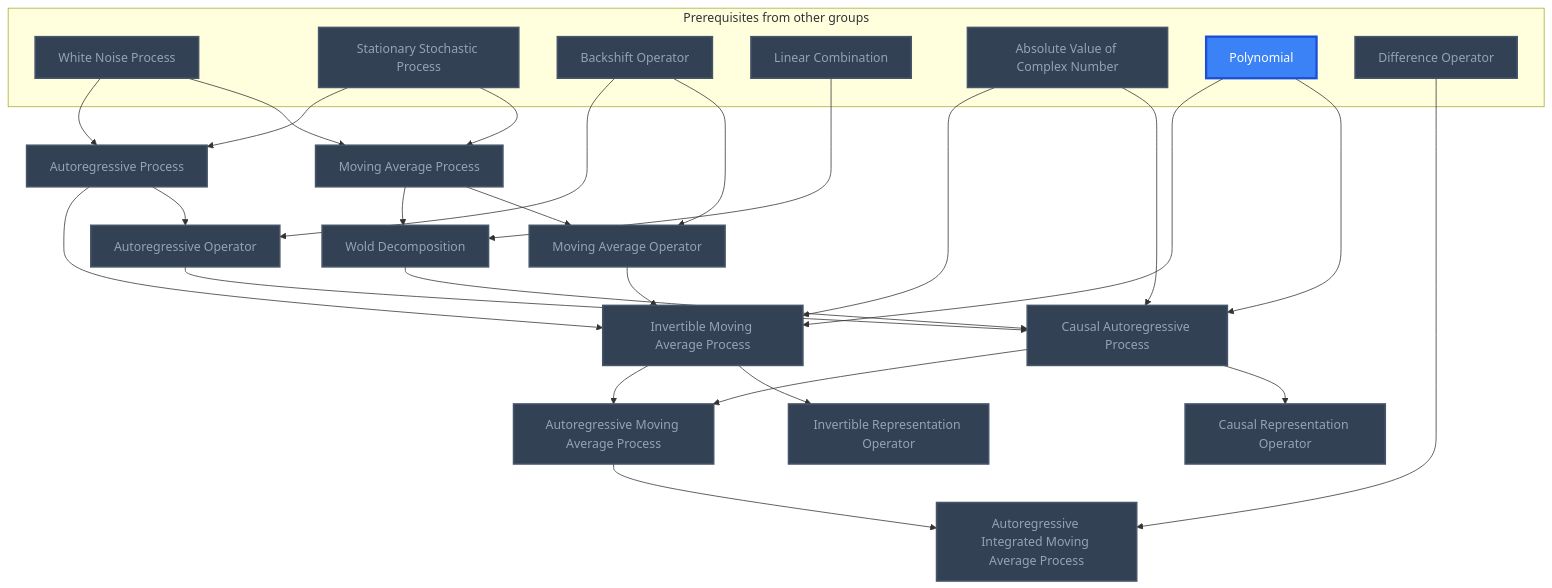
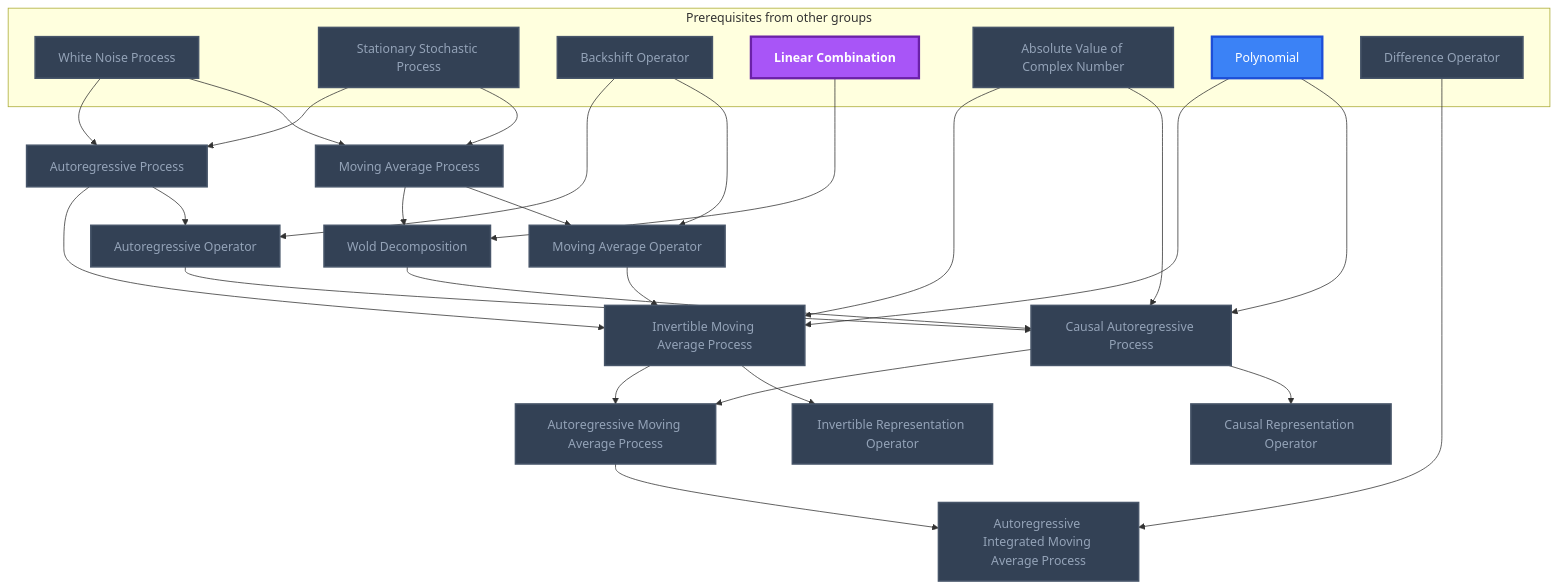
Before and after one commit to MRauf1/My-Notes: the third of 3 diagrams in Gamification/Skill Trees/Time Series Analysis.md, drawn with Mermaid. The commit also changed other lines of this file and 57 other files, not shown here.

````diff
--- a/Gamification/Skill Trees/Time Series Analysis.md
+++ b/Gamification/Skill Trees/Time Series Analysis.md
@@ -122,59 +122,60 @@
 ```mermaid
 flowchart TD
     classDef planned fill:#1E293B,stroke:#64748B,stroke-width:2px,stroke-dasharray:5 5,color:#94A3B8;
     classDef locked fill:#334155,stroke:#475569,stroke-width:2px,color:#94A3B8;
     classDef L0 fill:#F1F5F9,stroke:#94A3B8,stroke-width:2px,color:#000000;
     classDef L1 fill:#22C55E,stroke:#15803D,stroke-width:2px,color:#000000;
     classDef L2 fill:#3B82F6,stroke:#1D4ED8,stroke-width:3px,color:#FFFFFF;
     classDef L3 fill:#A855F7,stroke:#6B21A8,stroke-width:3px,color:#FFFFFF,font-weight:bold;
     classDef L4 fill:#F97316,stroke:#C2410C,stroke-width:4px,color:#000000,font-weight:bold;
     classDef L5 fill:#FFD700,stroke:#FF8C00,stroke-width:5px,color:#000000,font-weight:bold;
     classDef rusty stroke:#8B4513,stroke-width:4px,stroke-dasharray:3 3;
     subgraph sg_prereqs["Prerequisites from other groups"]
         n_white_noise_process["White Noise Process"]
         n_stationary_stochastic_process["Stationary Stochastic Process"]
         n_backshift_operator["Backshift Operator"]
         n_linear_combination["Linear Combination"]
         n_absolute_value_of_complex_number["Absolute Value of Complex Number"]
         n_polynomial["Polynomial"]
         n_difference_operator["Difference Operator"]
     end
     n_moving_average_process["Moving Average Process"]
     n_moving_average_operator["Moving Average Operator"]
     n_autoregressive_process["Autoregressive Process"]
     n_autoregressive_operator["Autoregressive Operator"]
     n_wold_decomposition["Wold Decomposition"]
     n_causal_autoregressive_process["Causal Autoregressive Process"]
     n_causal_representation_operator["Causal Representation Operator"]
     n_invertible_moving_average_process["Invertible Moving Average Process"]
     n_invertible_representation_operator["Invertible Representation Operator"]
     n_autoregressive_moving_average_process["Autoregressive Moving Average Process"]
     n_autoregressive_integrated_moving_average_process["Autoregressive Integrated Moving Average Process"]
     n_white_noise_process --> n_moving_average_process
     n_stationary_stochastic_process --> n_moving_average_process
     n_backshift_operator --> n_moving_average_operator
     n_moving_average_process --> n_moving_average_operator
     n_white_noise_process --> n_autoregressive_process
     n_stationary_stochastic_process --> n_autoregressive_process
     n_backshift_operator --> n_autoregressive_operator
     n_autoregressive_process --> n_autoregressive_operator
     n_linear_combination --> n_wold_decomposition
     n_moving_average_process --> n_wold_decomposition
     n_absolute_value_of_complex_number --> n_causal_autoregressive_process
     n_polynomial --> n_causal_autoregressive_process
     n_autoregressive_operator --> n_causal_autoregressive_process
     n_wold_decomposition --> n_causal_autoregressive_process
     n_causal_autoregressive_process --> n_causal_representation_operator
     n_absolute_value_of_complex_number --> n_invertible_moving_average_process
     n_polynomial --> n_invertible_moving_average_process
     n_moving_average_operator --> n_invertible_moving_average_process
     n_autoregressive_process --> n_invertible_moving_average_process
     n_invertible_moving_average_process --> n_invertible_representation_operator
     n_causal_autoregressive_process --> n_autoregressive_moving_average_process
     n_invertible_moving_average_process --> n_autoregressive_moving_average_process
     n_difference_operator --> n_autoregressive_integrated_moving_average_process
     n_autoregressive_moving_average_process --> n_autoregressive_integrated_moving_average_process
-    class n_white_noise_process,n_stationary_stochastic_process,n_backshift_operator,n_linear_combination,n_absolute_value_of_complex_number,n_difference_operator,n_moving_average_process,n_moving_average_operator,n_autoregressive_process,n_autoregressive_operator,n_wold_decomposition,n_causal_autoregressive_process,n_causal_representation_operator,n_invertible_moving_average_process,n_invertible_representation_operator,n_autoregressive_moving_average_process,n_autoregressive_integrated_moving_average_process locked;
+    class n_white_noise_process,n_stationary_stochastic_process,n_backshift_operator,n_absolute_value_of_complex_number,n_difference_operator,n_moving_average_process,n_moving_average_operator,n_autoregressive_process,n_autoregressive_operator,n_wold_decomposition,n_causal_autoregressive_process,n_causal_representation_operator,n_invertible_moving_average_process,n_invertible_representation_operator,n_autoregressive_moving_average_process,n_autoregressive_integrated_moving_average_process locked;
     class n_polynomial L2;
+    class n_linear_combination L3;
     class n_white_noise_process,n_stationary_stochastic_process,n_backshift_operator,n_linear_combination,n_absolute_value_of_complex_number,n_polynomial,n_difference_operator,n_moving_average_process,n_moving_average_operator,n_autoregressive_process,n_autoregressive_operator,n_wold_decomposition,n_causal_autoregressive_process,n_causal_representation_operator,n_invertible_moving_average_process,n_invertible_representation_operator,n_autoregressive_moving_average_process,n_autoregressive_integrated_moving_average_process internal-link;
 ```
````
